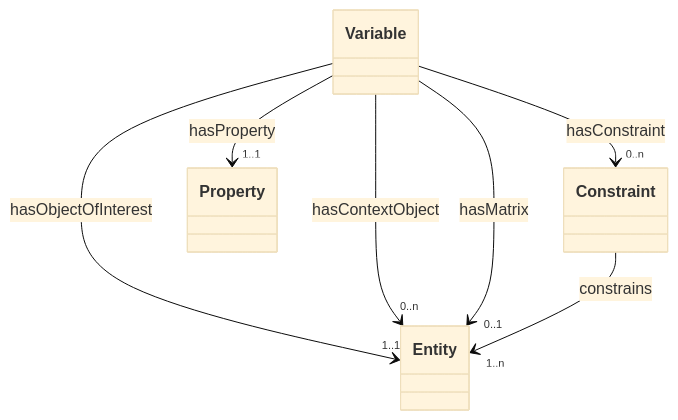
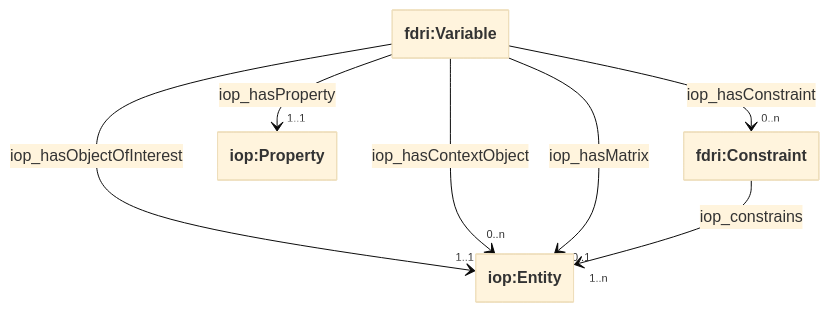
The first of 4 diagrams in doc/variables.md (NERC-CEH/fdri-ontology), drawn with Mermaid (base theme) before and after one commit. The commit also changed other lines of this file, not shown here.

````diff
--- a/doc/variables.md
+++ b/doc/variables.md
@@ -9,13 +9,18 @@
 ```mermaid
+---
+config:
+    class:
+        hideEmptyMembersBox: true
+---
 classDiagram
-class Variable
-class Entity
-class Constraint
-class Property
-Variable --> "1..1" Property : hasProperty
-Variable --> "1..1" Entity: hasObjectOfInterest
-Variable --> "0..n" Entity: hasContextObject
-Variable --> "0..1" Entity: hasMatrix
-Variable --> "0..n" Constraint: hasConstraint
-Constraint --> "1..n" Entity: constrains
+class Variable["fdri:Variable"]
+class Entity["iop:Entity"]
+class Constraint["fdri:Constraint"]
+class Property["iop:Property"]
+Variable --> "1..1" Property : iop_hasProperty
+Variable --> "1..1" Entity: iop_hasObjectOfInterest
+Variable --> "0..n" Entity: iop_hasContextObject
+Variable --> "0..1" Entity: iop_hasMatrix
+Variable --> "0..n" Constraint: iop_hasConstraint
+Constraint --> "1..n" Entity: iop_constrains
 ```
````
